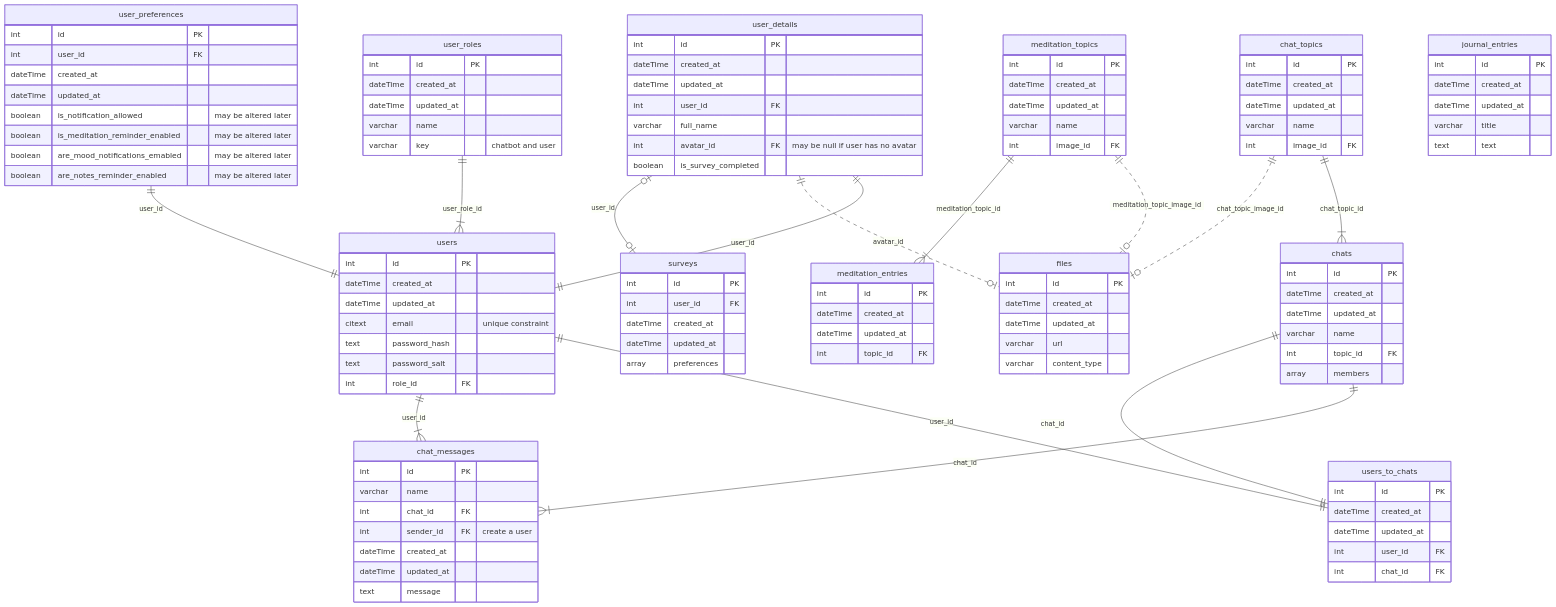
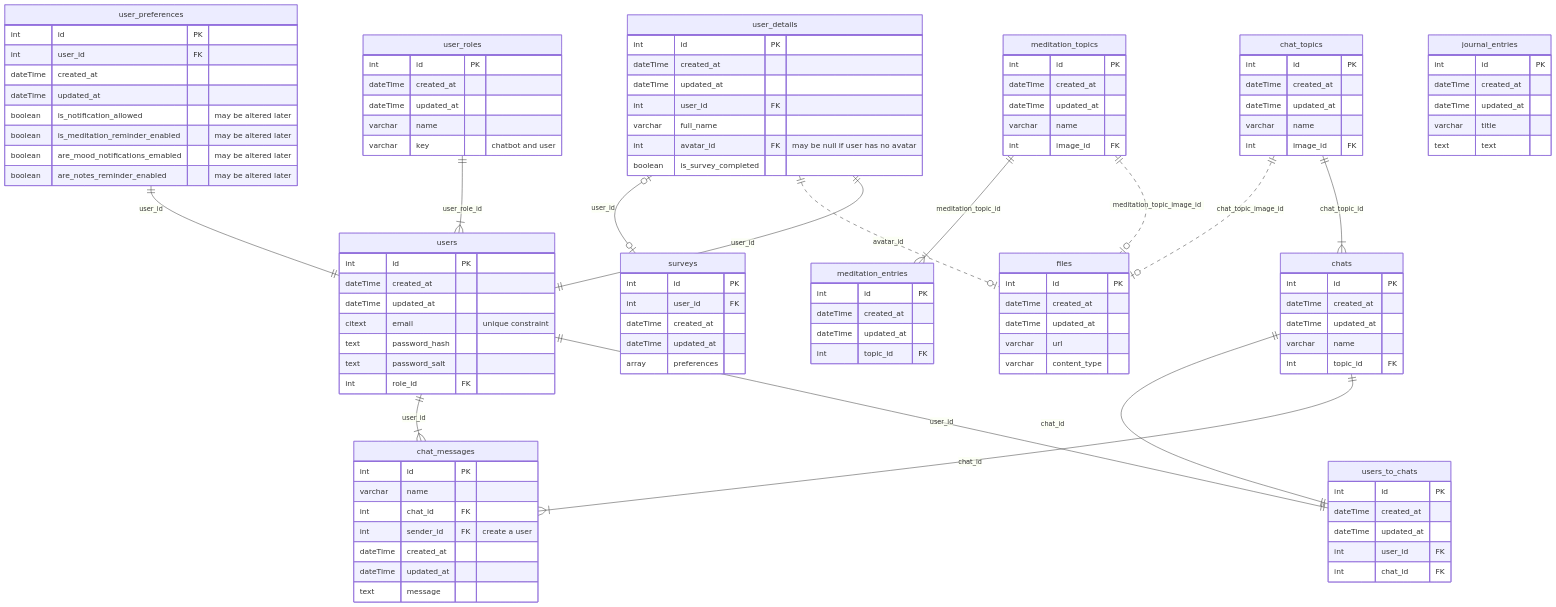
One commit to BinaryStudioAcademy/bsa-2023-calmpal changed the diagram in readme.md. Above: the diagram before and after it, drawn with Mermaid.

Commit message:
cp-189: - members key from chats table in readme file

```diff
--- a/readme.md
+++ b/readme.md
@@ -81,7 +81,6 @@
       dateTime updated_at
       varchar name
       int topic_id FK
-      array members
    }
    users_to_chats {
      int id PK
```
